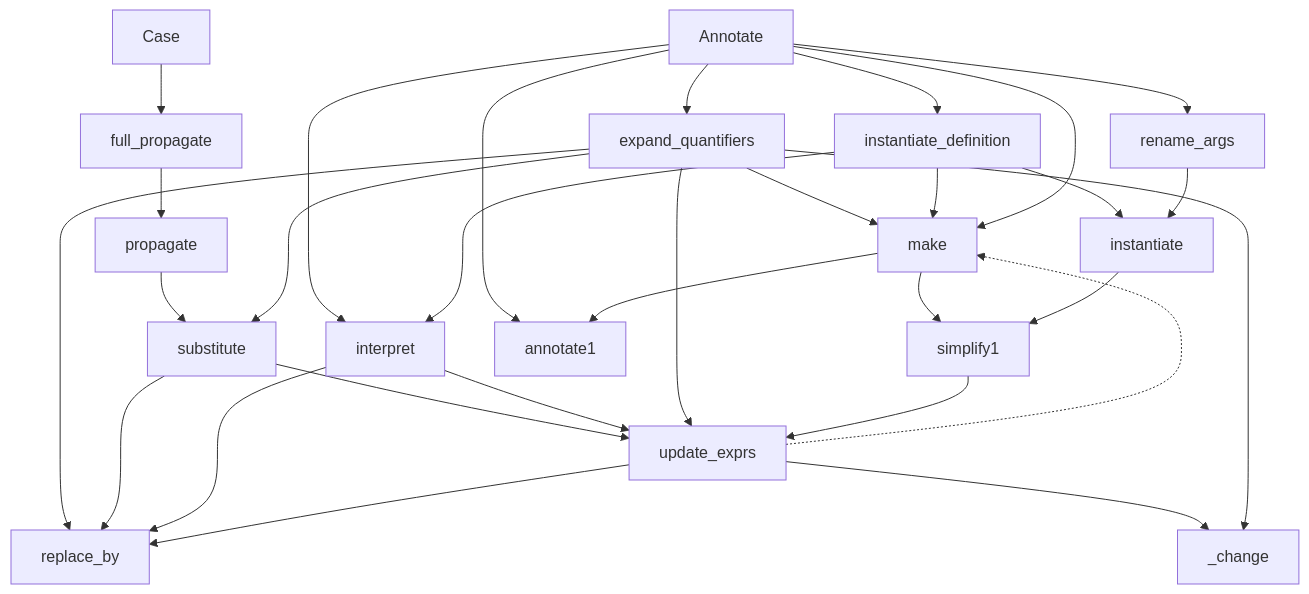
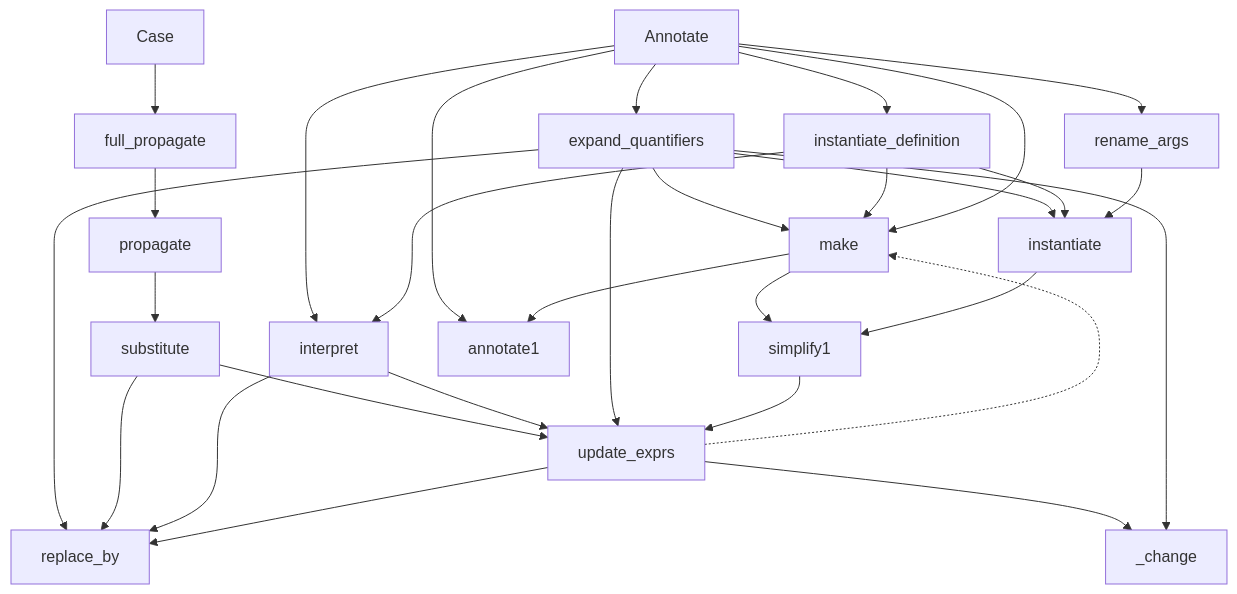
The diagram in docs/zettlr/Substitute.md (Sobhangh/IDP-Z3), drawn with Mermaid before and after one commit. The commit also changed 20 other files, not shown here.

Commit message:
( + use_value. - str_(). Fix invariant.  use instantiate in expand_quantifiers)

````diff
--- a/docs/zettlr/Substitute.md
+++ b/docs/zettlr/Substitute.md
@@ -10,38 +10,38 @@
 ```mermaid
 graph TD
     expand_quantifiers --> make;
     Annotate --> expand_quantifiers;
     Annotate --> interpret;
     Annotate --> instantiate_definition;
     Annotate --> rename_args;
     
     Case --> full_propagate;
     full_propagate --> propagate;
     propagate --> substitute;
     substitute --> update_exprs;
     
-    expand_quantifiers --> substitute;
+    expand_quantifiers --> instantiate;
     expand_quantifiers --> replace_by;
     interpret --> update_exprs;
     expand_quantifiers --> update_exprs;
     substitute --> replace_by;
     interpret --> replace_by;
 
     update_exprs --> replace_by;
     update_exprs --> _change;
     update_exprs -.-> make;
     make --> simplify1;
     Annotate --> annotate1;
     make --> annotate1;
     
     expand_quantifiers --> _change;
 
     instantiate_definition --> instantiate;
 		    rename_args --> instantiate;
     instantiate_definition --> interpret;
     instantiate_definition --> make;
     Annotate --> make;
     instantiate --> simplify1;
     simplify1 --> update_exprs;
 
 ```
````
